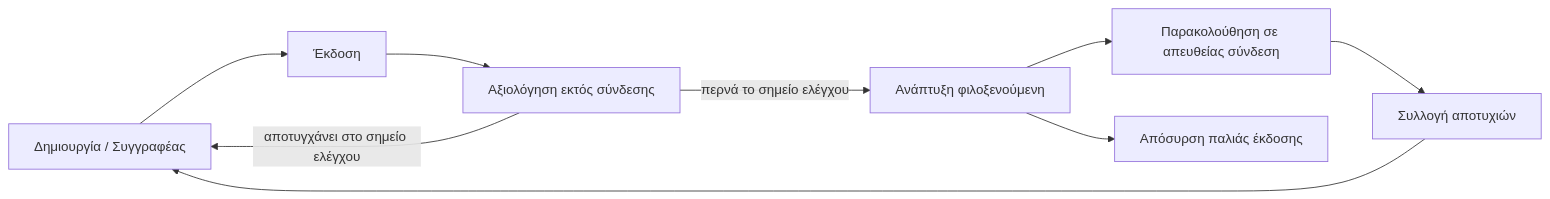
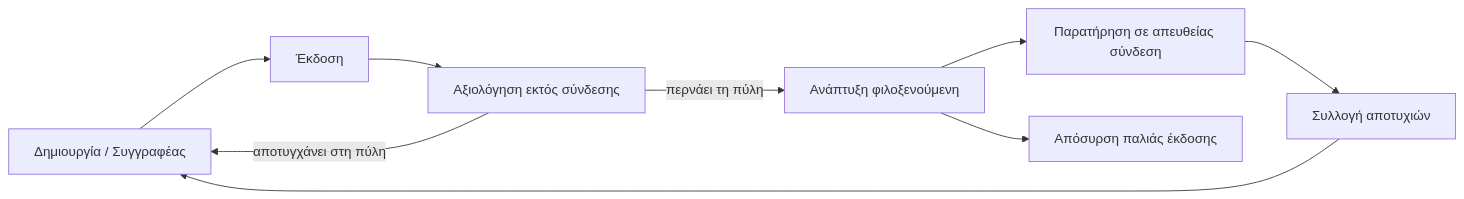
One commit to gabrielmoreira/agent-skills-mirror changed the second of 4 diagrams in mirrors/repos/microsoft@ai-agents-for-beginners/translations/el/16-deploying-scalable-agents/README.md. Above: the diagram before and after it, drawn with Mermaid. The commit also changed other lines of this file and 3581 other files, not shown here.

````diff
--- a/mirrors/repos/microsoft@ai-agents-for-beginners/translations/el/16-deploying-scalable-agents/README.md
+++ b/mirrors/repos/microsoft@ai-agents-for-beginners/translations/el/16-deploying-scalable-agents/README.md
@@ -108,11 +108,11 @@
 ```mermaid
 flowchart LR
     Create[Δημιουργία / Συγγραφέας] --> Version[Έκδοση]
     Version --> Evaluate[Αξιολόγηση εκτός σύνδεσης]
-    Evaluate -->|περνά το σημείο ελέγχου| Deploy[Ανάπτυξη φιλοξενούμενη]
-    Evaluate -->|αποτυγχάνει στο σημείο ελέγχου| Create
-    Deploy --> Observe[Παρακολούθηση σε απευθείας σύνδεση]
+    Evaluate -->|περνάει τη πύλη| Deploy[Ανάπτυξη φιλοξενούμενη]
+    Evaluate -->|αποτυγχάνει στη πύλη| Create
+    Deploy --> Observe[Παρατήρηση σε απευθείας σύνδεση]
     Observe --> Improve[Συλλογή αποτυχιών]
     Improve --> Create
     Deploy --> Retire[Απόσυρση παλιάς έκδοσης]
 ```
````
